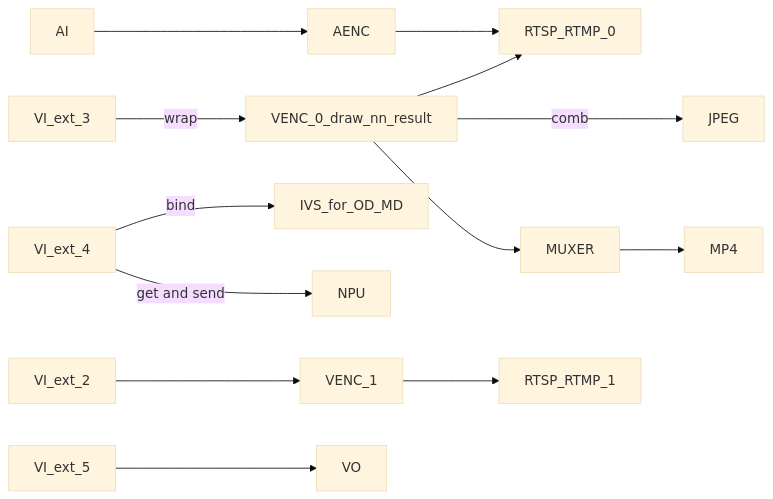
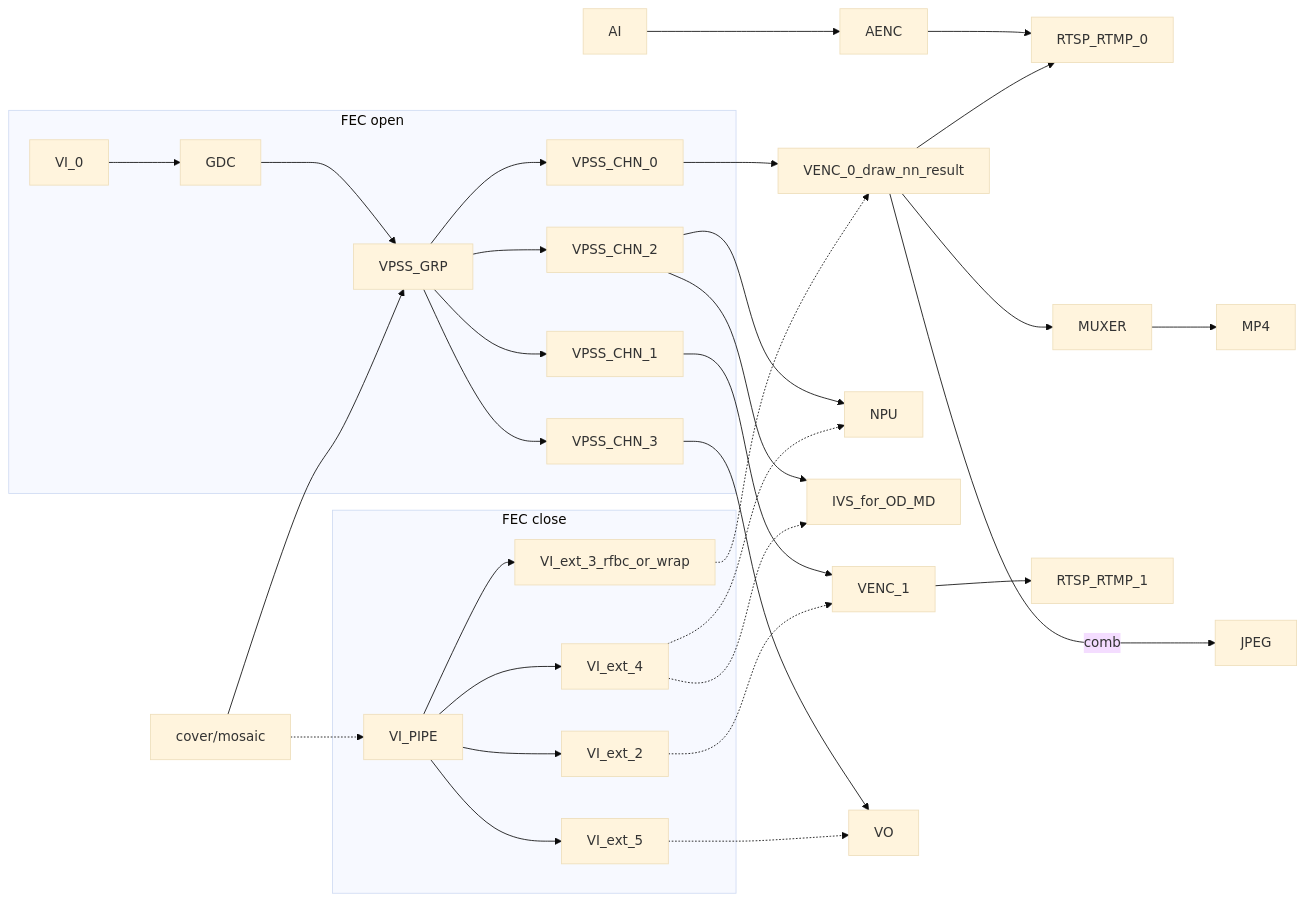
Diagram 18 of 19 in docs/Rockchip_Developer_Guide_Linux_RKIPC_CN.md (mixtile-rockchip/mixtile-sdk-linux-app-rkipc), drawn with Mermaid (base theme) before and after one commit. The commit also changed other lines of this file and 9 other files, not shown here.

````diff
--- a/docs/Rockchip_Developer_Guide_Linux_RKIPC_CN.md
+++ b/docs/Rockchip_Developer_Guide_Linux_RKIPC_CN.md
@@ -386,11 +388,34 @@
 ```mermaid
 graph LR
-	AI-->AENC-->RTSP_RTMP_0
-	VI_ext_3--wrap-->VENC_0_draw_nn_result-->MUXER-->MP4
-	VENC_0_draw_nn_result--combo-->JPEG
-	VI_ext_4--get and send-->NPU
-	VI_ext_4--bind-->IVS_for_OD_MD
-	VENC_0_draw_nn_result-->RTSP_RTMP_0
-	VI_ext_2-->VENC_1-->RTSP_RTMP_1
-	VI_ext_5-->VO
+AI-->AENC-->RTSP_RTMP_0
+subgraph "FEC open"
+	VI_0-->GDC-->VPSS_GRP
+	VPSS_GRP-->VPSS_CHN_0
+	VPSS_GRP-->VPSS_CHN_1
+	VPSS_GRP-->VPSS_CHN_2
+	VPSS_GRP-->VPSS_CHN_3
+end
+VPSS_CHN_0-->VENC_0_draw_nn_result
+VPSS_CHN_2-->NPU
+VPSS_CHN_2-->IVS_for_OD_MD
+VPSS_CHN_1-->VENC_1
+VPSS_CHN_3-->VO
+
+subgraph "FEC close"
+    VI_PIPE-->VI_ext_3_rfbc_or_wrap
+    VI_PIPE-->VI_ext_4
+    VI_PIPE-->VI_ext_2
+    VI_PIPE-->VI_ext_5
+end
+VI_ext_3_rfbc_or_wrap-.->VENC_0_draw_nn_result-->MUXER-->MP4
+VENC_0_draw_nn_result--combo-->JPEG
+VI_ext_4-.->NPU
+VI_ext_4-.->IVS_for_OD_MD
+VENC_0_draw_nn_result-->RTSP_RTMP_0
+VI_ext_2-.->VENC_1-->RTSP_RTMP_1
+VI_ext_5-.->VO
+
+ cover/mosaic-.->VI_PIPE
+ cover/mosaic-->VPSS_GRP
+
 ```
````
